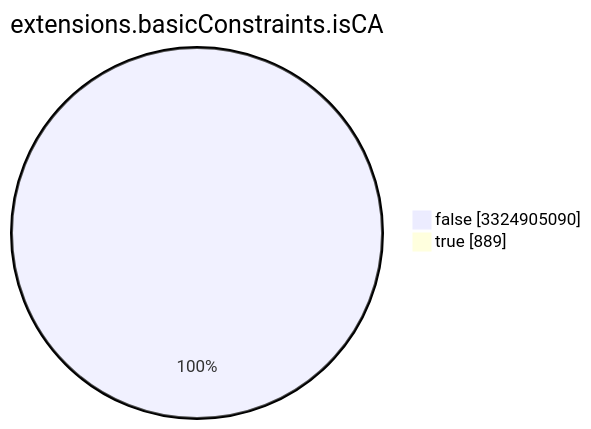
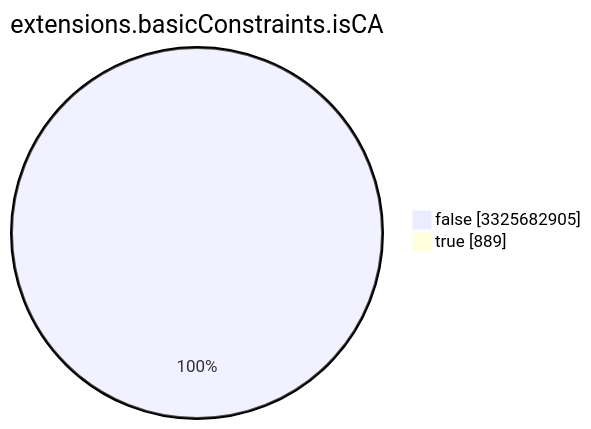
The seventh of 15 diagrams in TOTAL/README.md (christiankrug/ctmonitor_visualization), drawn with Mermaid before and after one commit. The commit also changed other lines of this file, not shown here.

````diff
--- a/TOTAL/README.md
+++ b/TOTAL/README.md
@@ -3089,6 +3089,6 @@
 ```mermaid
 pie showData
 title extensions.basicConstraints.isCA
-"false" :3324905090
+"false" :3325682905
 "true" :889
 ```
````
